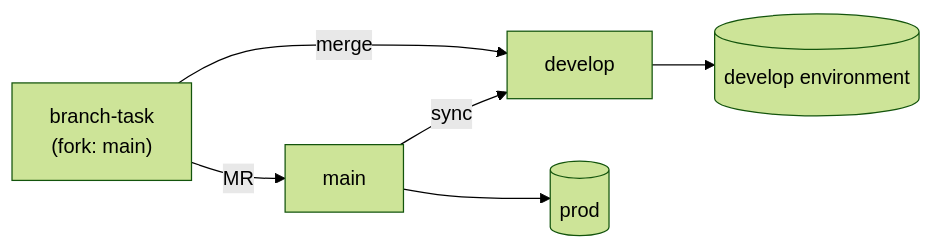
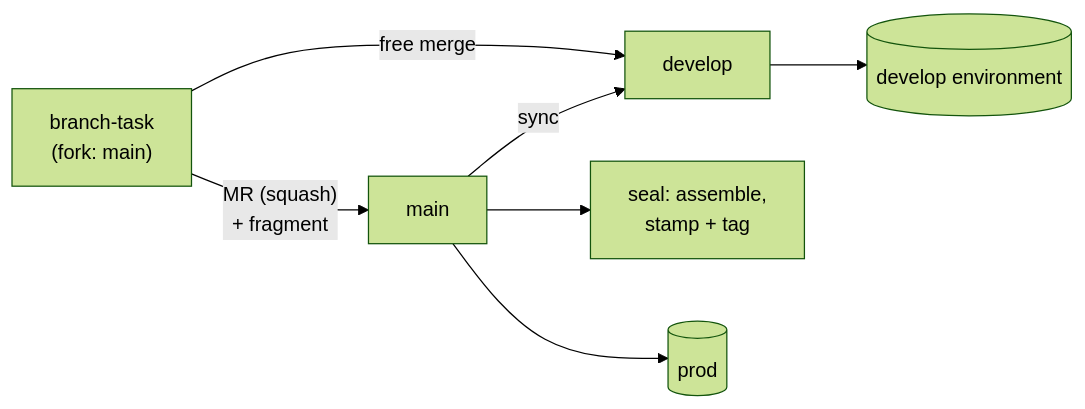
Before and after one commit to rosinfotech/standards: the diagram in standards/git-flow-standard/rule-2610082126.md, drawn with Mermaid (forest theme). The commit also changed 48 other files, not shown here.

Commit message:
0.6.1: Changed: The stamp protocol moved to seal-on-main for variants #4-#5

````diff
--- a/standards/git-flow-standard/rule-2610082126.md
+++ b/standards/git-flow-standard/rule-2610082126.md
@@ -45,8 +45,9 @@
   ```mermaid
   flowchart LR
-      T["branch-task<br>(fork: main)"] -->|"merge"| D["develop"]
-      T -->|"MR"| M["main"]
+      T["branch-task<br>(fork: main)"] -->|"free merge"| D["develop"]
+      T -->|"MR (squash)<br>+ fragment"| M["main"]
+      M --> S["seal: assemble,<br>stamp + tag"]
       M -->|"sync"| D
       D --> DE[("develop environment")]
       M --> PE[("prod")]
   ```
````
